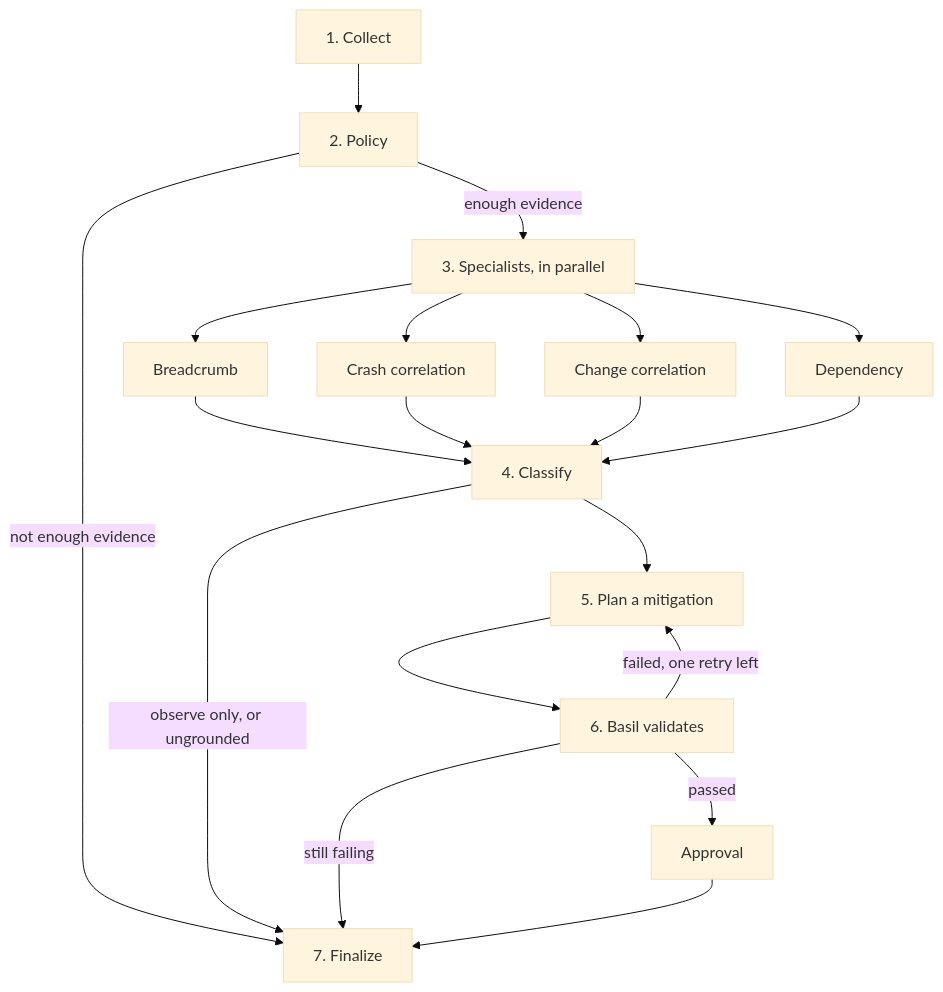
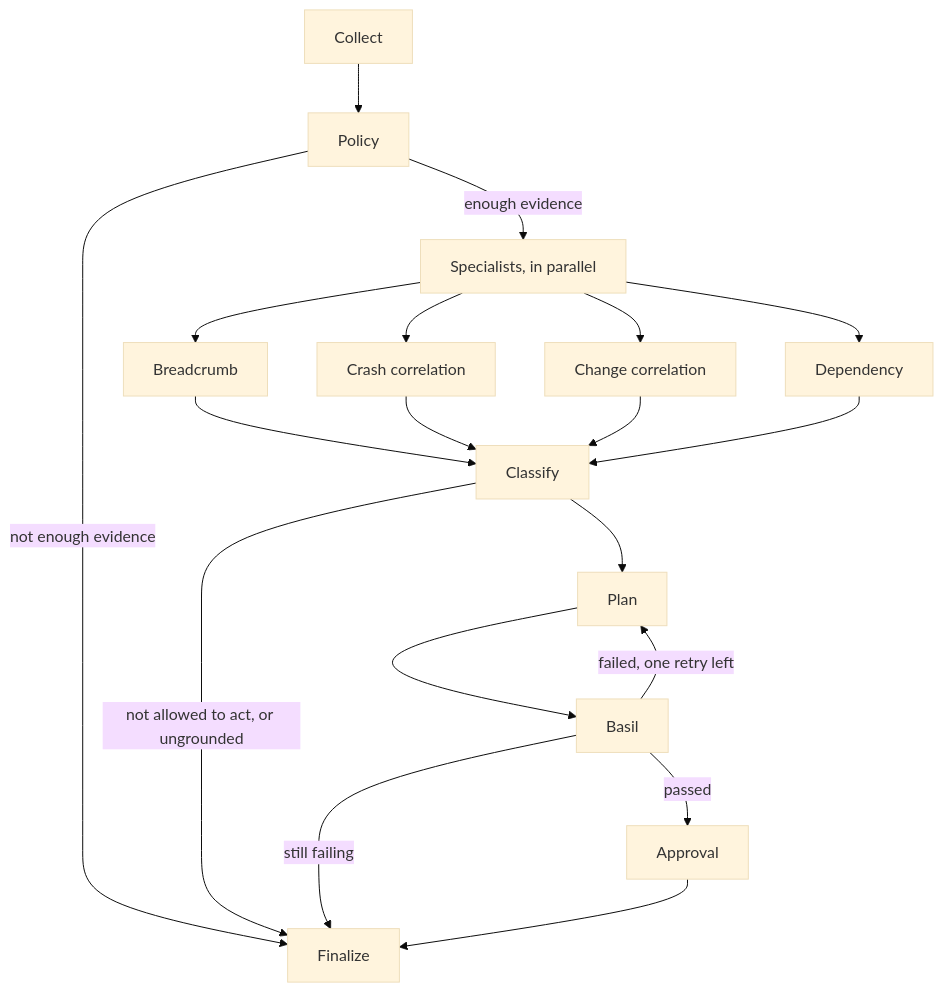
One commit to Divyansh3021/debug-agent changed the diagram in README.md. Above: the diagram before and after it, drawn with Mermaid (base theme). The commit also changed other lines of this file and 19 other files, not shown here.

First line of the commit message:
Keep only the architecture skeleton.

````diff
--- a/README.md
+++ b/README.md
@@ -7,19 +7,19 @@
 ```mermaid
 graph TD
-    A[1. Collect] --> P[2. Policy]
-    P -->|not enough evidence| Z[7. Finalize]
-    P -->|enough evidence| R[3. Specialists, in parallel]
+    A[Collect] --> P[Policy]
+    P -->|not enough evidence| Z[Finalize]
+    P -->|enough evidence| R[Specialists, in parallel]
 
     R --> B1[Breadcrumb]
     R --> B2[Crash correlation]
     R --> B3[Change correlation]
     R --> B4[Dependency]
-    B1 & B2 & B3 & B4 --> S[4. Classify]
-    S -->|observe only, or ungrounded| Z
-    S --> M[5. Plan a mitigation]
-    M --> V[6. Basil validates]
+    B1 & B2 & B3 & B4 --> S[Classify]
+    S -->|not allowed to act, or ungrounded| Z
+    S --> M[Plan]
+    M --> V[Basil]
     V -->|failed, one retry left| M
     V -->|passed| G[Approval]
     V -->|still failing| Z
     G --> Z
 ```
````
